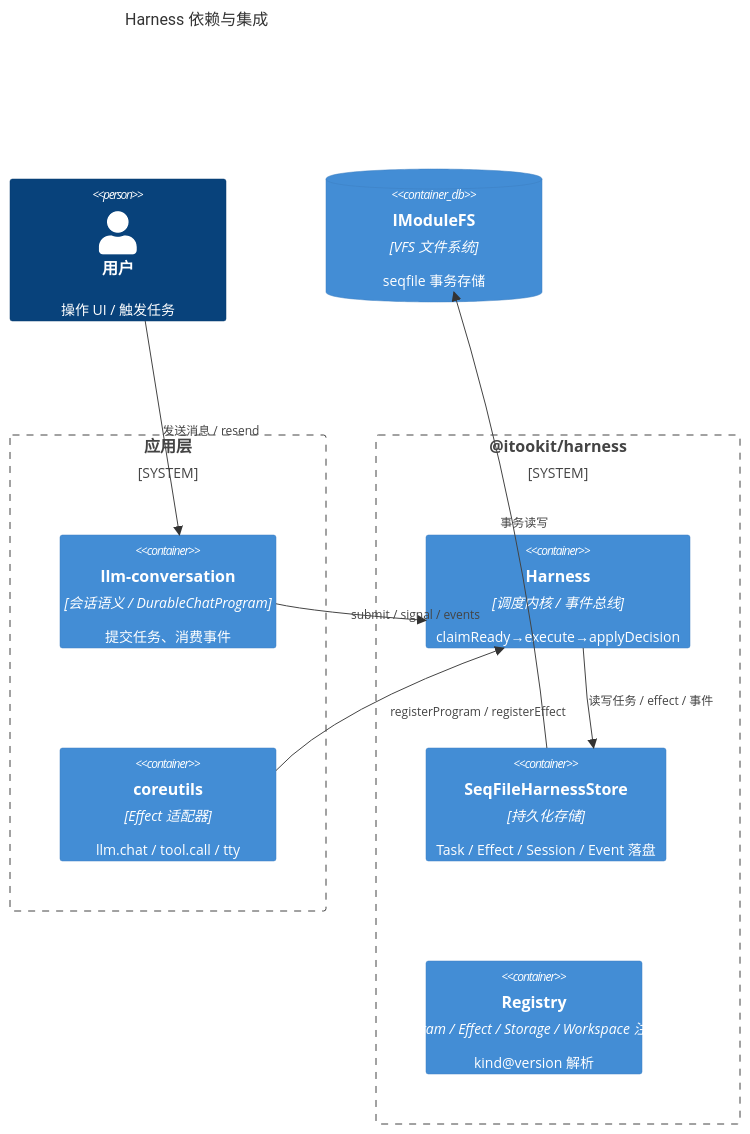
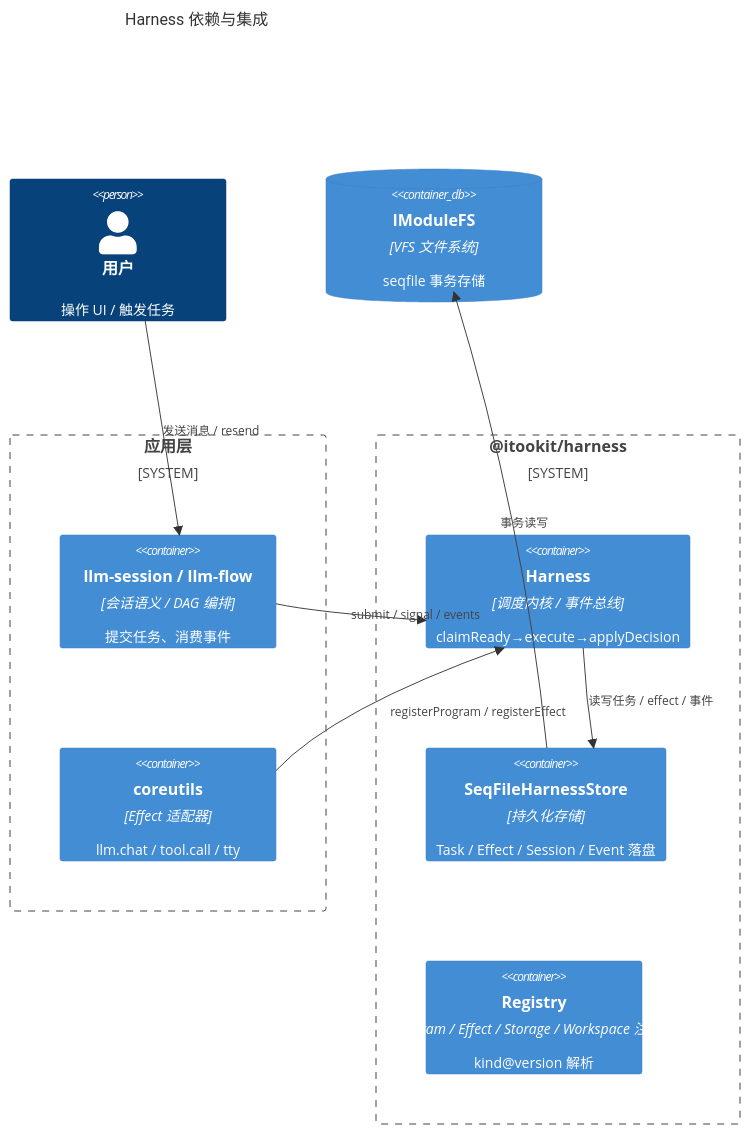
One commit to mushuanli/itookit changed the third of 9 diagrams in doc/feat/harness-design.md. Above: the diagram before and after it, drawn with Mermaid. The commit also changed other lines of this file and 63 other files, not shown here.

````diff
--- a/doc/feat/harness-design.md
+++ b/doc/feat/harness-design.md
@@ -115,22 +115,22 @@
 ```mermaid
 C4Context
   title Harness 依赖与集成
 
   Person(user, "用户", "操作 UI / 触发任务")
   System_Boundary(app, "应用层") {
-    Container(llmconv, "llm-conversation", "会话语义 / DurableChatProgram", "提交任务、消费事件")
+    Container(llmconv, "llm-session / llm-flow", "会话语义 / DAG 编排", "提交任务、消费事件")
     Container(coreutils, "coreutils", "Effect 适配器", "llm.chat / tool.call / tty")
   }
   System_Boundary(harness, "@itookit/harness") {
     Container(kernel, "Harness", "调度内核 / 事件总线", "claimReady→execute→applyDecision")
     Container(store, "SeqFileHarnessStore", "持久化存储", "Task / Effect / Session / Event 落盘")
     Container(registry, "Registry", "Program / Effect / Storage / Workspace 注册表", "kind@version 解析")
   }
   ContainerDb(fs, "IModuleFS", "VFS 文件系统", "seqfile 事务存储")
 
   Rel(user, llmconv, "发送消息 / resend")
   Rel(llmconv, kernel, "submit / signal / events")
   Rel(coreutils, kernel, "registerProgram / registerEffect")
   Rel(kernel, store, "读写任务 / effect / 事件")
   Rel(store, fs, "事务读写")
 ```
````
